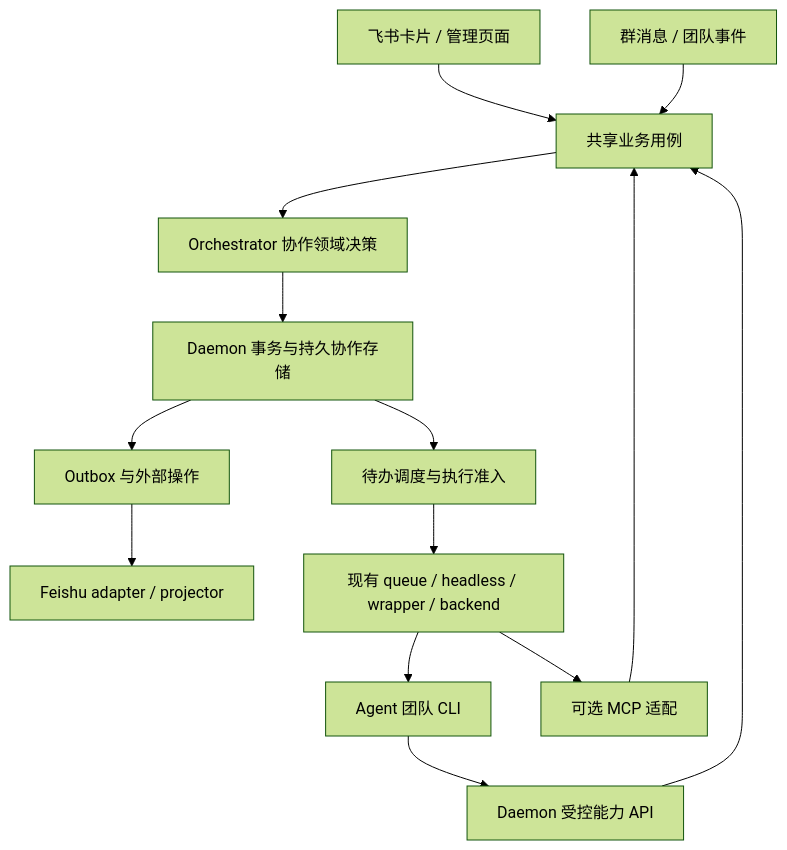
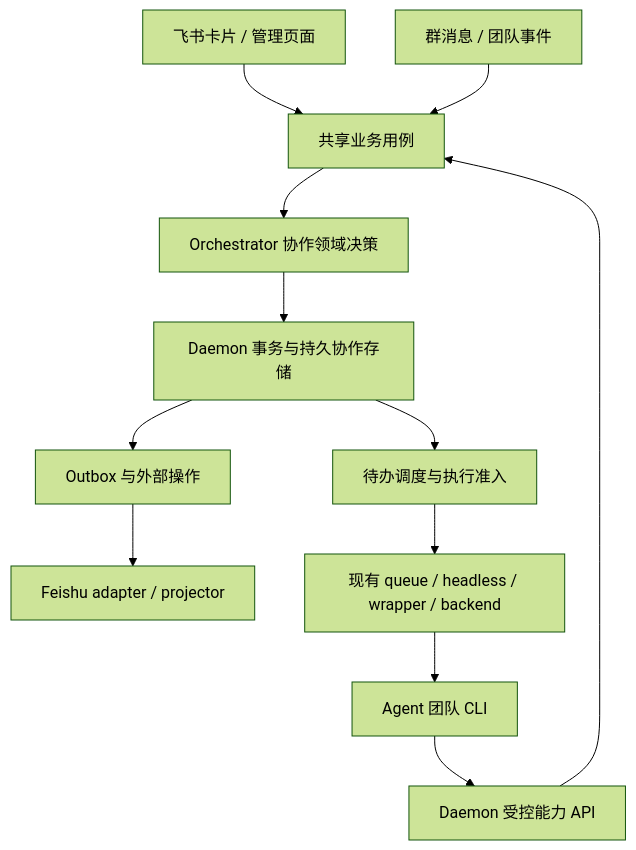
The diagram in docs/draft/feishu-agent-team-technical-design.md (kxn/codex-remote-feishu), drawn with Mermaid (forest theme) before and after one commit. The commit also changed other lines of this file and 3 other files, not shown here.

````diff
--- a/docs/draft/feishu-agent-team-technical-design.md
+++ b/docs/draft/feishu-agent-team-technical-design.md
@@ -62,16 +65,14 @@
 ```mermaid
 flowchart TD
     UI[飞书卡片 / 管理页面] --> UC[共享业务用例]
     CLI[Agent 团队 CLI] --> API[Daemon 受控能力 API]
     API --> UC
-    MCP[可选 MCP 适配] --> UC
     IN[群消息 / 团队事件] --> UC
     UC --> CORE[Orchestrator 协作领域决策]
     CORE --> TX[Daemon 事务与持久协作存储]
     TX --> OUT[Outbox 与外部操作]
     OUT --> FS[Feishu adapter / projector]
     TX --> DIS[待办调度与执行准入]
     DIS --> RUN[现有 queue / headless / wrapper / backend]
     RUN --> CLI
-    RUN --> MCP
 ```
````
